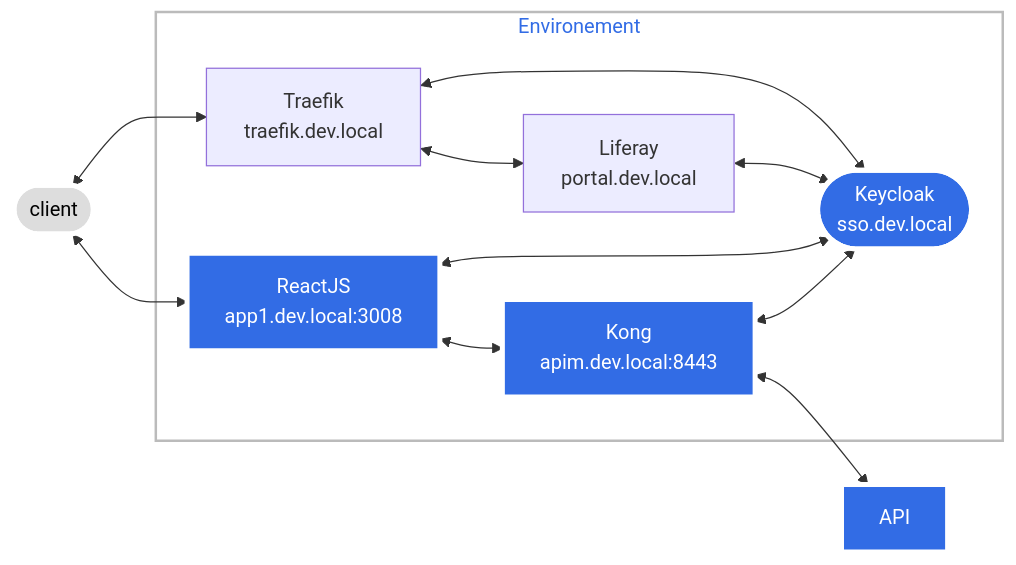
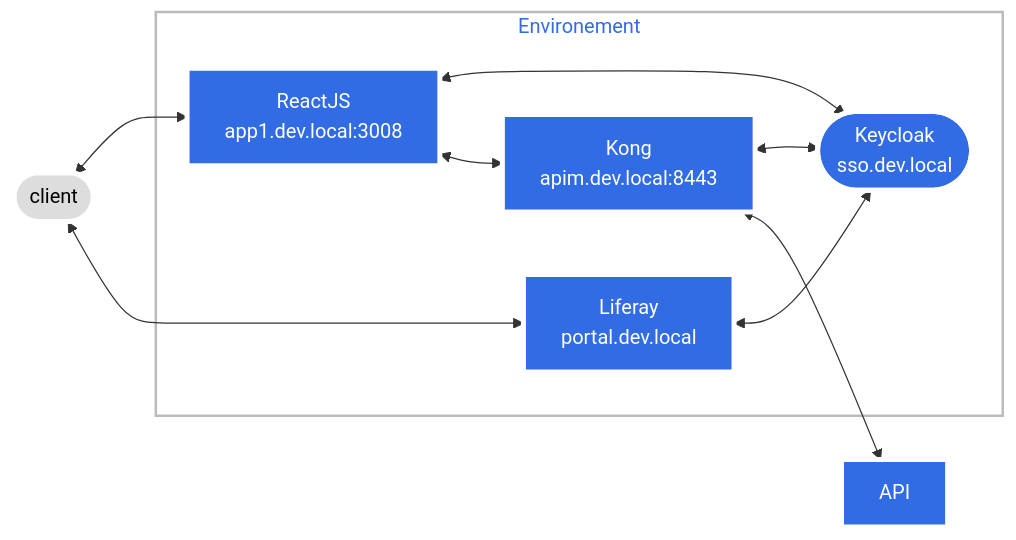
Before and after one commit to ThierryTouin/liferay-oauth-test: the second of 2 diagrams in poc1-reactjs-liferay-keycloak/README.markdown, drawn with Mermaid. The commit also changed other lines of this file, not shown here.

Commit message:
https liferay, sso, app1 : ok

````diff
--- a/poc1-reactjs-liferay-keycloak/README.markdown
+++ b/poc1-reactjs-liferay-keycloak/README.markdown
@@ -3,46 +39,43 @@
 ```mermaid
 
 graph  LR
 
 %% Nodes
 
 APP1[ReactJS<br>app1.dev.local:3008]
-RProxy[Traefik<br>traefik.dev.local]
 Portal[Liferay<br>portal.dev.local]
 APIM[Kong<br>apim.dev.local:8443]
 API[API]
 C([client])
 SSO([Keycloak<br>sso.dev.local])
 
 
 %% Links	
 
-C <--> RProxy;
 C <--> APP1 ;
+C <--> Portal ;
 subgraph Environement
-    RProxy <--> SSO;
-    RProxy <--> Portal;
     APP1 <--> SSO;
+	APP1 <--> APIM;
+	APIM <--> SSO;
 	Portal <--> SSO;
-	APIM <--> SSO;
-	APP1 <--> APIM;
 	%%APP1-.servi par.-SRV;
 end
 
 APIM <--> API;
 
 %% Defining node styles
 
   classDef plain fill:#ddd,stroke:#fff,stroke-width:4px,color:#000;
   classDef k8s fill:#326ce5,stroke:#fff,stroke-width:4px,color:#fff;
   classDef cluster fill:#fff,stroke:#bbb,stroke-width:2px,color:#326ce5;
   
 %% Assigning styles to nodes
 
-  class SRV,APP1,APIM,API,SSO k8s;
+  class Portal,APP1,APIM,API,SSO k8s;
   class C plain;
   class cluster cluster;
 	
 
 
 ```
````
